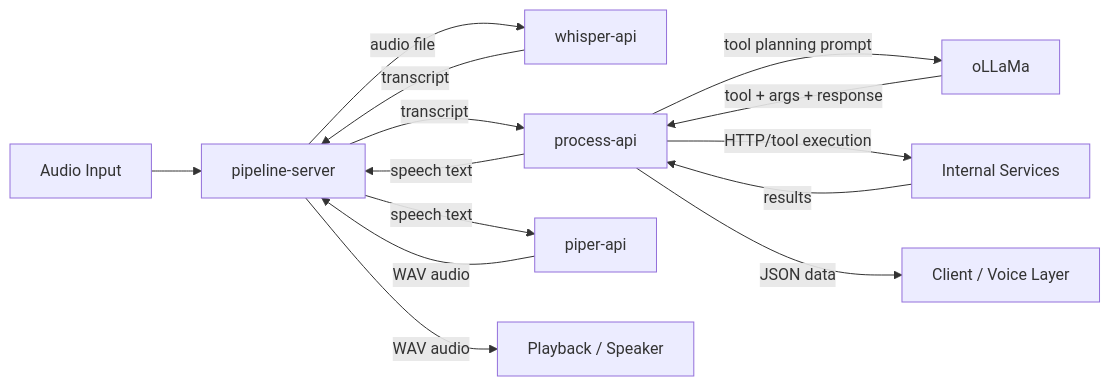
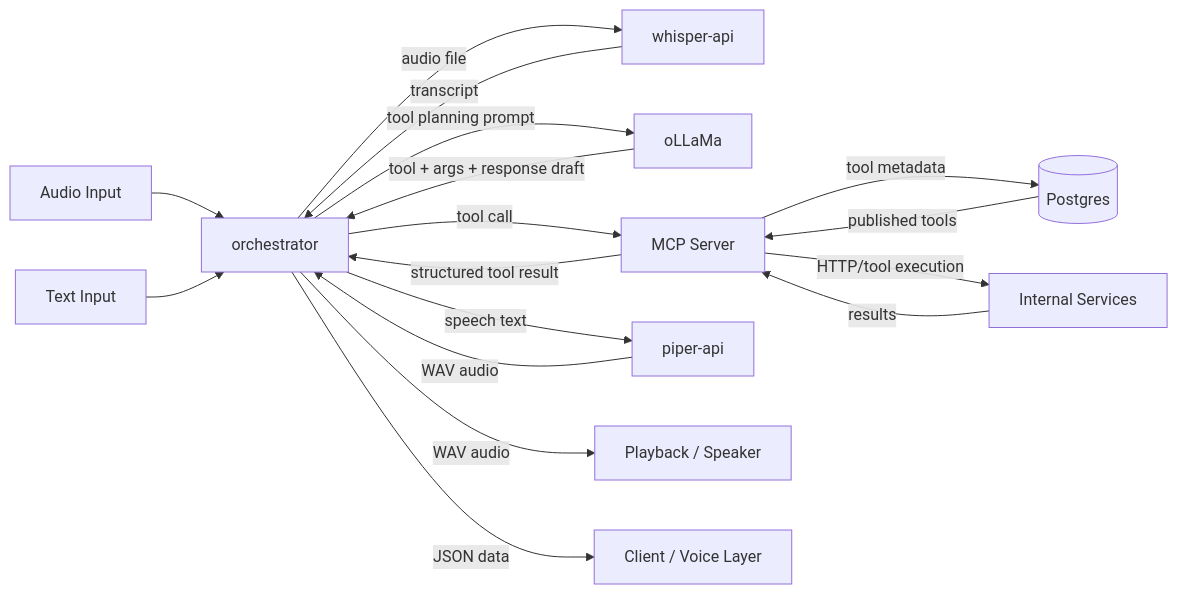
Before and after one commit to psyeo2/Clankassist: the first of 4 diagrams in docs/ARCHITECTURE.md, drawn with Mermaid. The commit also changed other lines of this file, not shown here.

Commit message:
architecture update

````diff
--- a/docs/ARCHITECTURE.md
+++ b/docs/ARCHITECTURE.md
@@ -20,17 +21,27 @@
 ```mermaid
 flowchart LR
 
-audio[Audio Input] --> pipeline[pipeline-server]
-pipeline -->|audio file| whisper[whisper-api]
-whisper -->|transcript| pipeline
-pipeline -->|transcript| process[process-api]
-process -->|tool planning prompt| ollama[oLLaMa]
-ollama -->|tool + args + response| process
-process -->|HTTP/tool execution| services[Internal Services]
-services -->|results| process
-process -->|speech text| pipeline
-pipeline -->|speech text| piper[piper-api]
-piper -->|WAV audio| pipeline
-pipeline -->|WAV audio| speaker[Playback / Speaker]
-process -->|JSON data| caller[Client / Voice Layer]
+audio[Audio Input] --> orchestrator[orchestrator]
+text[Text Input] --> orchestrator
+
+orchestrator -->|audio file| whisper[whisper-api]
+whisper -->|transcript| orchestrator
+
+orchestrator -->|tool planning prompt| ollama[oLLaMa]
+ollama -->|tool + args + response draft| orchestrator
+
+orchestrator -->|tool call| mcp[MCP Server]
+mcp -->|structured tool result| orchestrator
+
+orchestrator -->|speech text| piper[piper-api]
+piper -->|WAV audio| orchestrator
+orchestrator -->|WAV audio| speaker[Playback / Speaker]
+
+mcp -->|tool metadata| postgres[(Postgres)]
+postgres -->|published tools| mcp
+
+mcp -->|HTTP/tool execution| services[Internal Services]
+services -->|results| mcp
+
+orchestrator -->|JSON data| caller[Client / Voice Layer]
 ```
````
